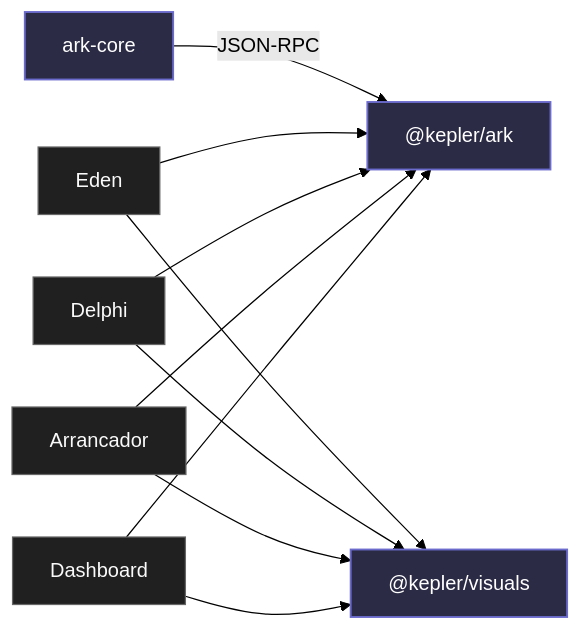
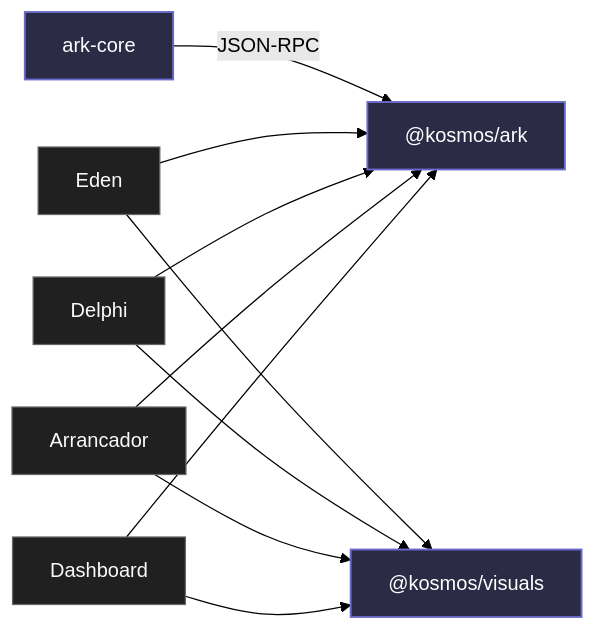
Before and after one commit to makekosmos/cortex: the diagram in docs-site/packages/index.md, drawn with Mermaid (forest theme). The commit also changed other lines of this file and 124 other files, not shown here.

````diff
--- a/docs-site/packages/index.md
+++ b/docs-site/packages/index.md
@@ -20,29 +20,29 @@
 ```mermaid
 flowchart LR
   arkcore["ark-core"]
-  kosmosark["@kepler/ark"]
-  visuals["@kepler/visuals"]
+  kosmosark["@kosmos/ark"]
+  visuals["@kosmos/visuals"]
 
   eden["Eden"]
   delphi["Delphi"]
   arrancador["Arrancador"]
   dashboard["Dashboard"]
 
   arkcore -- "JSON-RPC" --> kosmosark
 
   eden --> kosmosark
   delphi --> kosmosark
   arrancador --> kosmosark
   dashboard --> kosmosark
 
   eden --> visuals
   delphi --> visuals
   arrancador --> visuals
   dashboard --> visuals
 
   classDef pkg fill:#2b2b46,stroke:#6b6bcd,color:#fff,stroke-width:1.5px
   classDef app fill:#202020,stroke:#666,color:#fafafa
 
   class arkcore,kosmosark,visuals pkg
   class eden,delphi,arrancador,dashboard app
 ```
````
